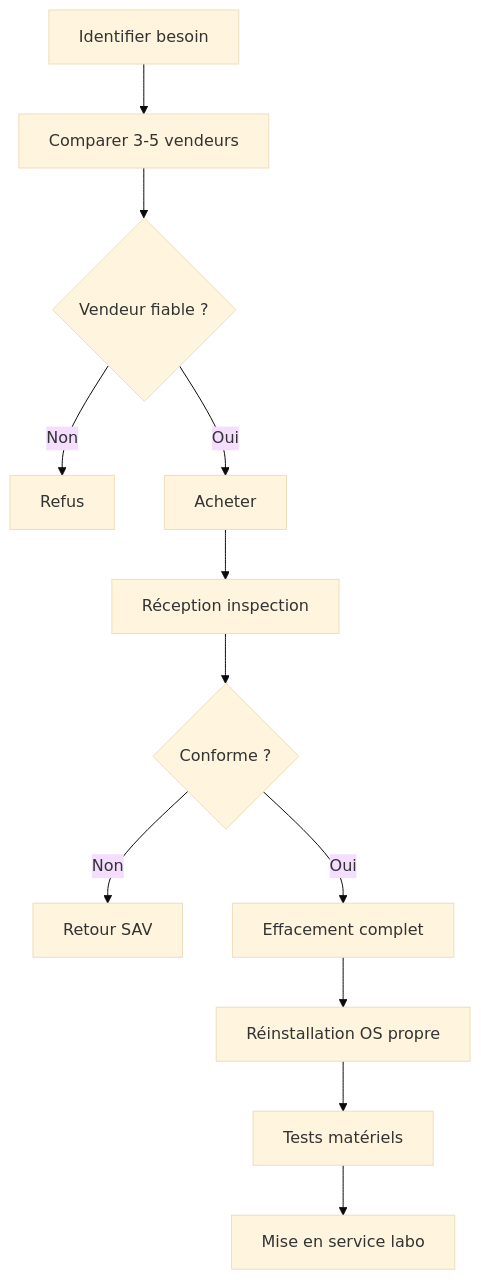
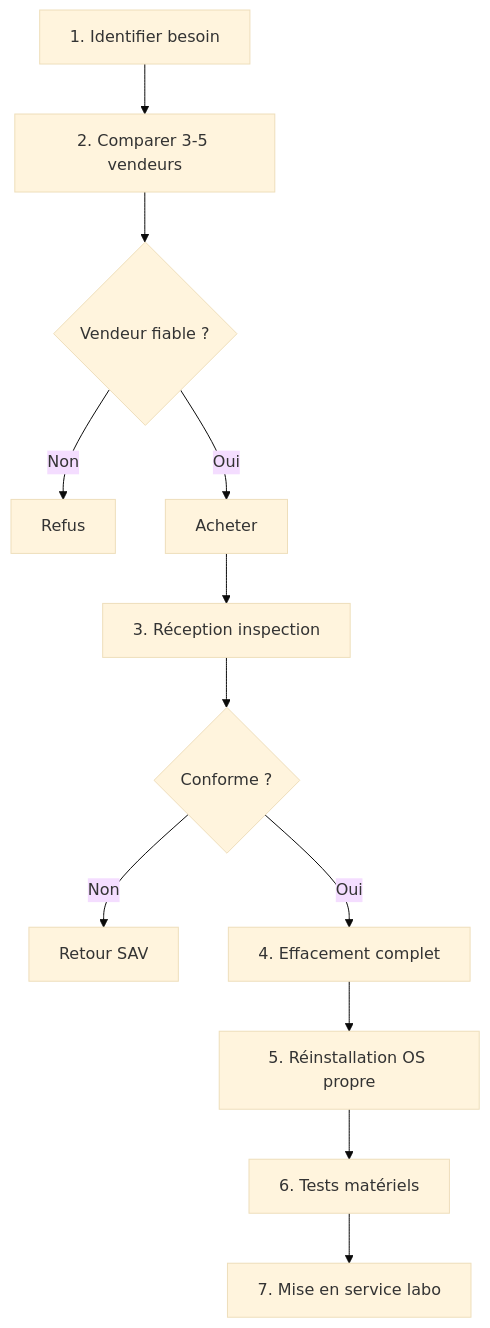
One commit to zyrass/omnydocs changed the diagram in docs/cursus-forensic/01-cycle-0-fondations/module-3-configuration-laboratoire/02-achats-reconditionne.md. Above: the diagram before and after it, drawn with Mermaid (base theme). The commit also changed other lines of this file and 171 other files, not shown here.

````diff
--- a/docs/cursus-forensic/01-cycle-0-fondations/module-3-configuration-laboratoire/02-achats-reconditionne.md
+++ b/docs/cursus-forensic/01-cycle-0-fondations/module-3-configuration-laboratoire/02-achats-reconditionne.md
@@ -30,14 +48,14 @@
 ```mermaid
 flowchart TB
-    A[Identifier besoin] --> B[Comparer 3-5 vendeurs]
-    B --> C{Vendeur fiable ?}
-    C -->|Non| D[Refus]
-    C -->|Oui| E[Acheter]
-    E --> F[Réception inspection]
-    F --> G{Conforme ?}
-    G -->|Non| H[Retour SAV]
-    G -->|Oui| I[Effacement complet]
-    I --> J[Réinstallation OS propre]
-    J --> K[Tests matériels]
-    K --> L[Mise en service labo]
+    A["1. Identifier besoin"] --> B["2. Comparer 3-5 vendeurs"]
+    B --> C{"Vendeur fiable ?"}
+    C -->|"Non"| D["Refus"]
+    C -->|"Oui"| E["Acheter"]
+    E --> F["3. Réception inspection"]
+    F --> G{"Conforme ?"}
+    G -->|"Non"| H["Retour SAV"]
+    G -->|"Oui"| I["4. Effacement complet"]
+    I --> J["5. Réinstallation OS propre"]
+    J --> K["6. Tests matériels"]
+    K --> L["7. Mise en service labo"]
 ```
````
